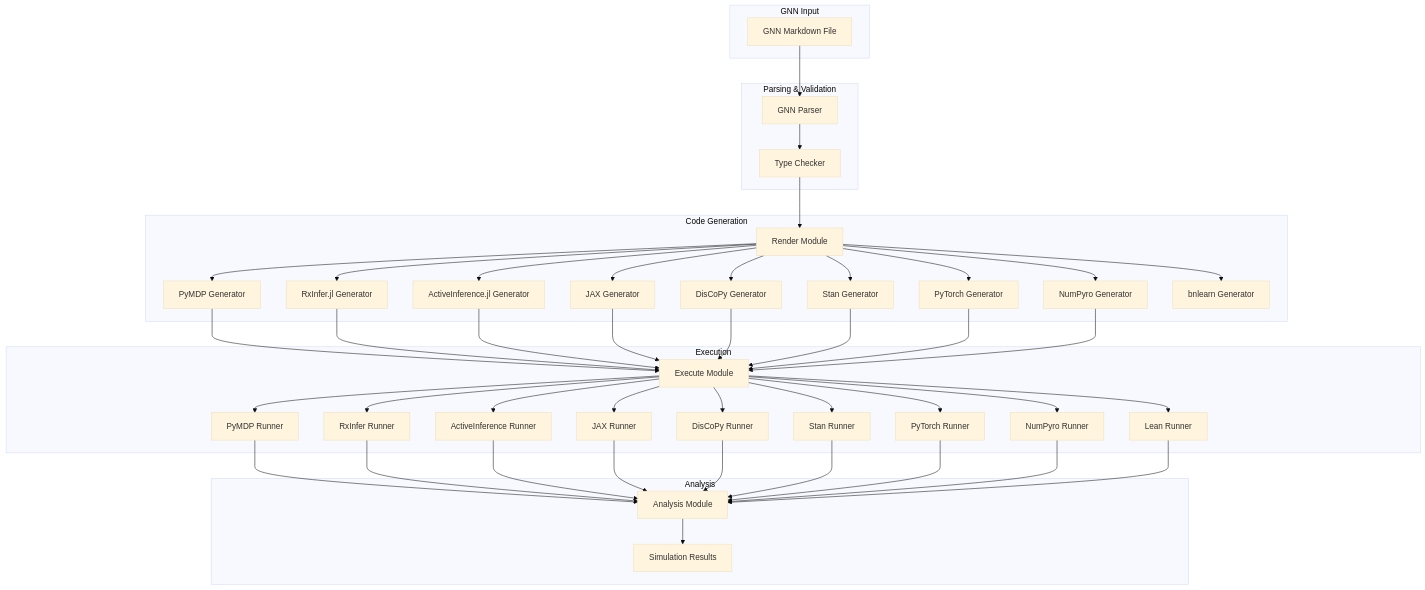
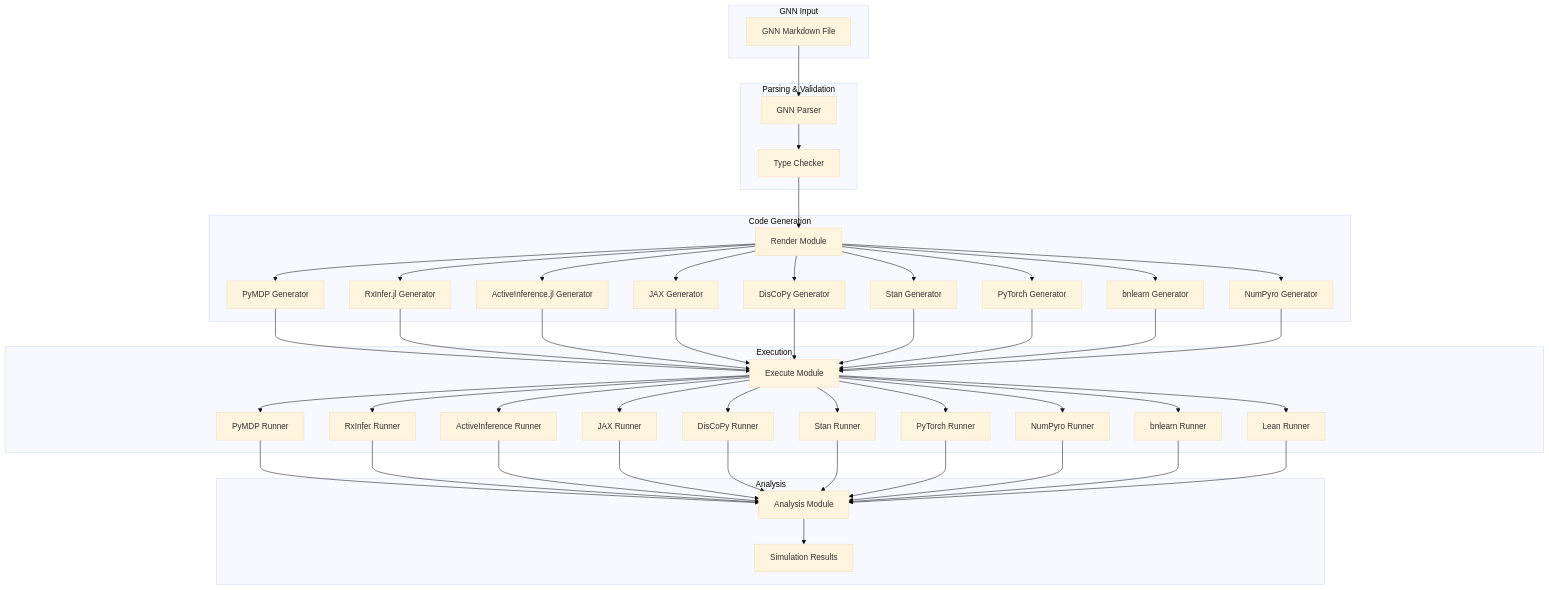
The fourth of 8 diagrams in README.md (ActiveInferenceInstitute/GeneralizedNotationNotation), drawn with Mermaid (base theme) before and after one commit. The commit also changed other lines of this file and 190 other files, not shown here.

```diff
--- a/README.md
+++ b/README.md
@@ -412,6 +412,7 @@
         StanExec[Stan Runner]
         PyTorchExec[PyTorch Runner]
         NumPyroExec[NumPyro Runner]
+        BnlearnExec[bnlearn Runner]
         LeanExec[Lean Runner]
     end
     
@@ -441,6 +442,7 @@
     DisCoPy --> Executor
     Stan --> Executor
     PyTorch --> Executor
+    Bnlearn --> Executor
     NumPyro --> Executor
     
     Executor --> PyMDPExec
@@ -451,6 +453,7 @@
     Executor --> StanExec
     Executor --> PyTorchExec
     Executor --> NumPyroExec
+    Executor --> BnlearnExec
     Executor --> LeanExec
     
     PyMDPExec --> Analyzer
@@ -461,6 +464,7 @@
     StanExec --> Analyzer
     PyTorchExec --> Analyzer
     NumPyroExec --> Analyzer
+    BnlearnExec --> Analyzer
     LeanExec --> Analyzer
     
     Analyzer --> Results
```
